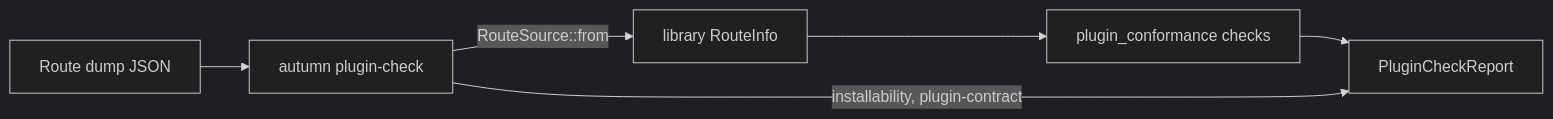
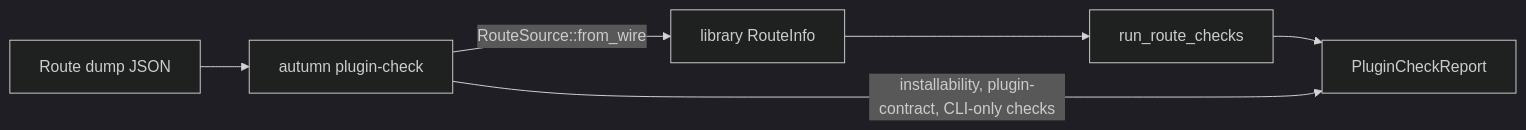
Before and after one commit to autumn-foundation/autumn: the diagram in docs/adr/0045-plugin-check-uses-library-rules.md, drawn with Mermaid (dark theme). The commit also changed other lines of this file and 7 other files, not shown here.

First line of the commit message:
refactor(plugins): one run_route_checks for the CLI and the library (#2828)

````diff
--- a/docs/adr/0045-plugin-check-uses-library-rules.md
+++ b/docs/adr/0045-plugin-check-uses-library-rules.md
@@ -60,8 +66,8 @@
 ```mermaid
 flowchart LR
     D[Route dump JSON] --> C[autumn plugin-check]
-    C -->|RouteSource::from| R[library RouteInfo]
-    R --> L[plugin_conformance checks]
+    C -->|RouteSource::from_wire| R[library RouteInfo]
+    R --> L[run_route_checks]
     L --> P[PluginCheckReport]
-    C -->|installability, plugin-contract| P
+    C -->|installability, plugin-contract, CLI-only checks| P
 ```
````
